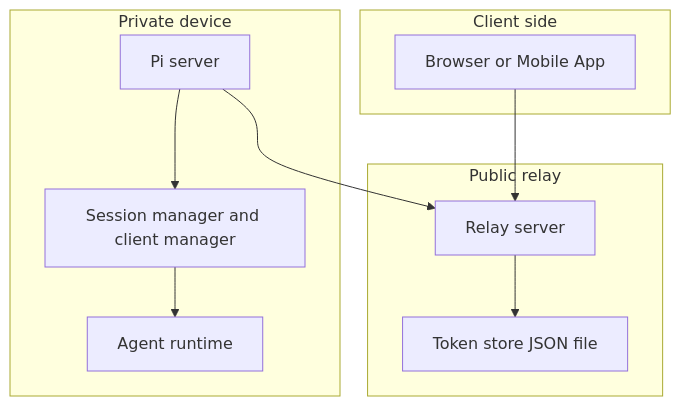
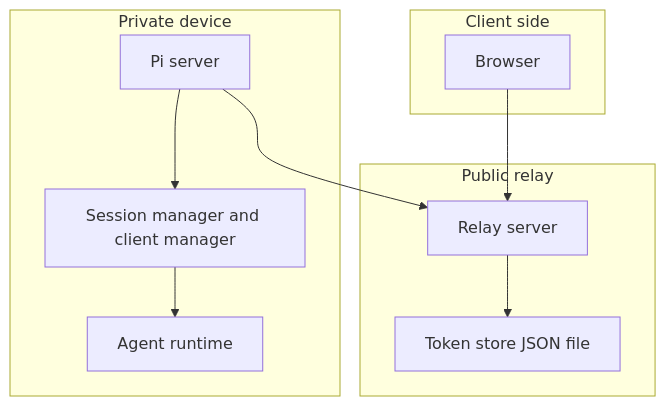
One commit to MuzzammilRafiq/apreal changed the diagram in docs/relay-server-architecture/01-topology-and-runtime-model.md. Above: the diagram before and after it, drawn with Mermaid. The commit also changed other lines of this file and 4 other files, not shown here.

First line of the commit message:
Update relay architecture docs and track security follow-ups.

````diff
--- a/docs/relay-server-architecture/01-topology-and-runtime-model.md
+++ b/docs/relay-server-architecture/01-topology-and-runtime-model.md
@@ -39,23 +39,23 @@
 ```mermaid
 flowchart TB
     subgraph ClientSide[Client side]
-        Browser[Browser or Mobile App]
+        Browser[Browser]
     end
 
     subgraph RelaySide[Public relay]
         Relay[Relay server]
         TokenStore[Token store JSON file]
     end
 
     subgraph DeviceSide[Private device]
         Pi[Pi server]
         SessionLayer[Session manager and client manager]
         Agent[Agent runtime]
     end
 
     Browser --> Relay
     Relay --> TokenStore
     Pi --> Relay
     Pi --> SessionLayer
     SessionLayer --> Agent
 ```
````
